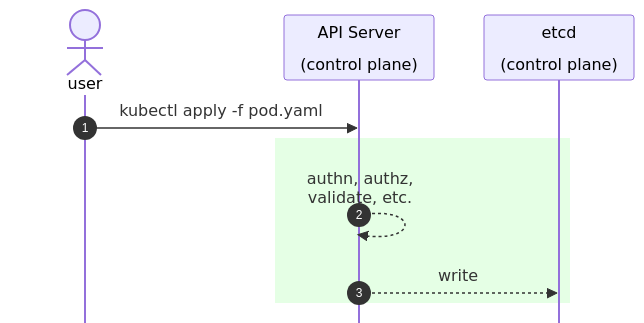
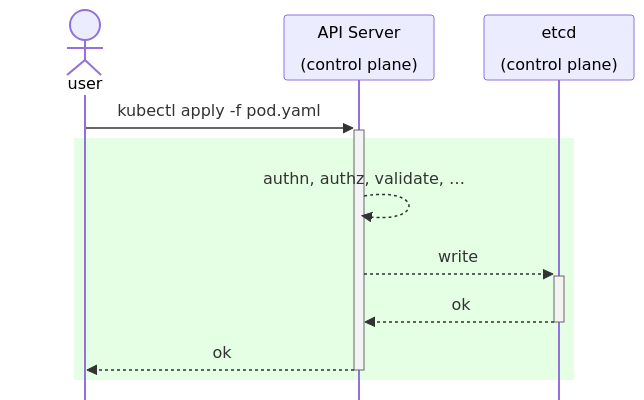
The fourth of 19 diagrams in tlak/slides.md (ndrpnt/slides), drawn with Mermaid before and after one commit. The commit also changed other lines of this file, not shown here.

````diff
--- a/tlak/slides.md
+++ b/tlak/slides.md
@@ -514,13 +514,15 @@
 ```mermaid  {scale: 0.66}
-%%{init:{"mirrorActors": false, "showSequenceNumbers": true}}%%
+%%{init:{"mirrorActors": false}}%%
 sequenceDiagram
     actor user
     participant api as API Server<br><br>(control plane)
     participant etcd as etcd<br><br>(control plane)
 
-    user->>api: kubectl apply -f pod.yaml
+    user->>+api: kubectl apply -f pod.yaml
     rect rgba(0, 255, 0, .1)
-      api-->>api: authn, authz,<br>validate, etc.
-      api-->>etcd: write
+      api-->>api: authn, authz, validate, …
+      api-->>+etcd: write
+      etcd-->>-api: ok
+      api-->>-user: ok
     end
 ```
````
